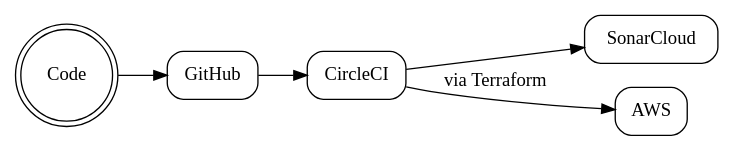
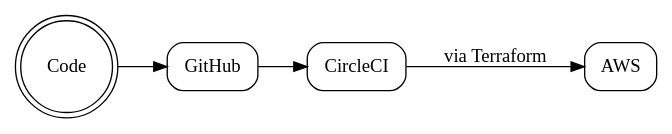
The second of 2 diagrams in docs/README.md (ustaxcourt/ef-cms), drawn with Graphviz before and after one commit. The commit also changed 2 other files, not shown here.

Commit message:
Remove SonarCloud references

````diff
--- a/docs/README.md
+++ b/docs/README.md
@@ -195,12 +195,11 @@
 ```dot
 digraph {
 	rankdir="LR"
 
 	Code [shape = doublecircle]
 	node [style = rounded, shape = box]
 
 	Code -> GitHub -> CircleCI
-	CircleCI -> SonarCloud
 	CircleCI -> AWS [label = "via Terraform"]
 }
 ```
````
